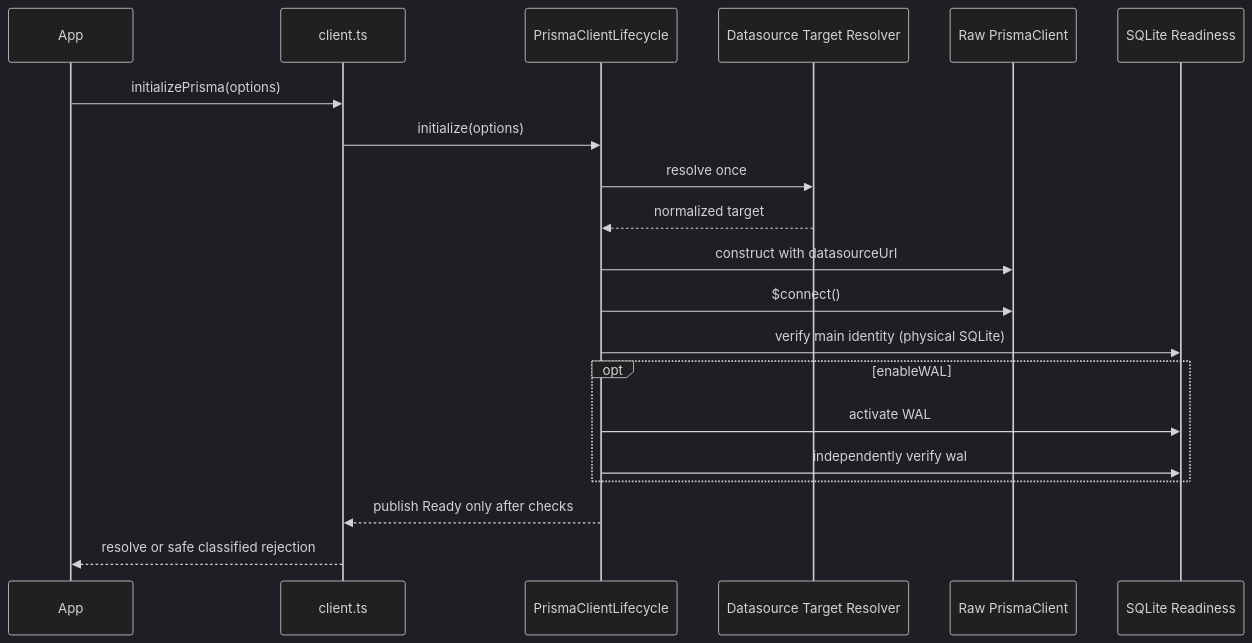
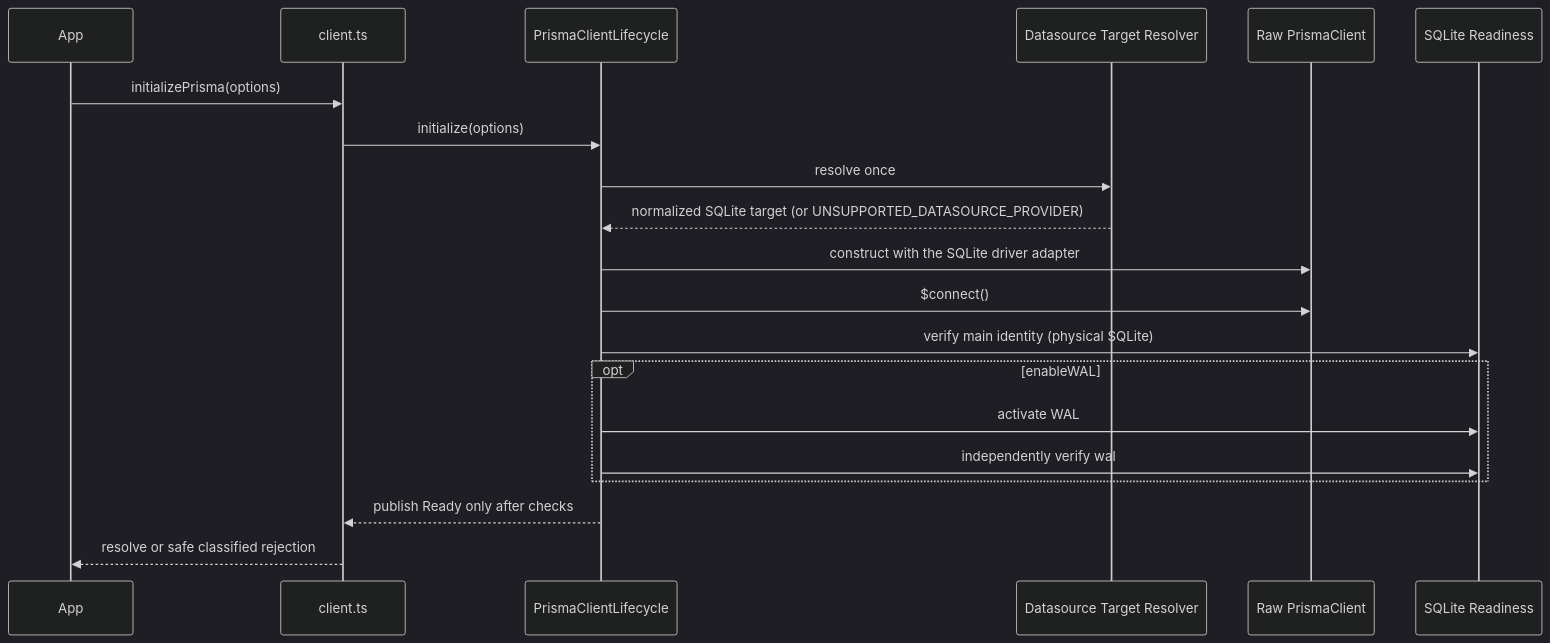
One commit to ryan-zheng-teki/repository_prisma changed the first of 2 diagrams in DESIGN.md. Above: the diagram before and after it, drawn with Mermaid (dark theme). The commit also changed other lines of this file and 19 other files, not shown here.

First line of the commit message:
feat!: upgrade Prisma 5.22 to 7.10.1 with a SQLite driver adapter

````diff
--- a/DESIGN.md
+++ b/DESIGN.md
@@ -151,23 +171,23 @@
 ```mermaid
 sequenceDiagram
     participant App
     participant Facade as client.ts
     participant Lifecycle as PrismaClientLifecycle
     participant Target as Datasource Target Resolver
     participant Prisma as Raw PrismaClient
     participant SQLite as SQLite Readiness
 
     App->>Facade: initializePrisma(options)
     Facade->>Lifecycle: initialize(options)
     Lifecycle->>Target: resolve once
-    Target-->>Lifecycle: normalized target
-    Lifecycle->>Prisma: construct with datasourceUrl
+    Target-->>Lifecycle: normalized SQLite target (or UNSUPPORTED_DATASOURCE_PROVIDER)
+    Lifecycle->>Prisma: construct with the SQLite driver adapter
     Lifecycle->>Prisma: $connect()
     Lifecycle->>SQLite: verify main identity (physical SQLite)
     opt enableWAL
       Lifecycle->>SQLite: activate WAL
       Lifecycle->>SQLite: independently verify wal
     end
     Lifecycle-->>Facade: publish Ready only after checks
     Facade-->>App: resolve or safe classified rejection
 ```
````
